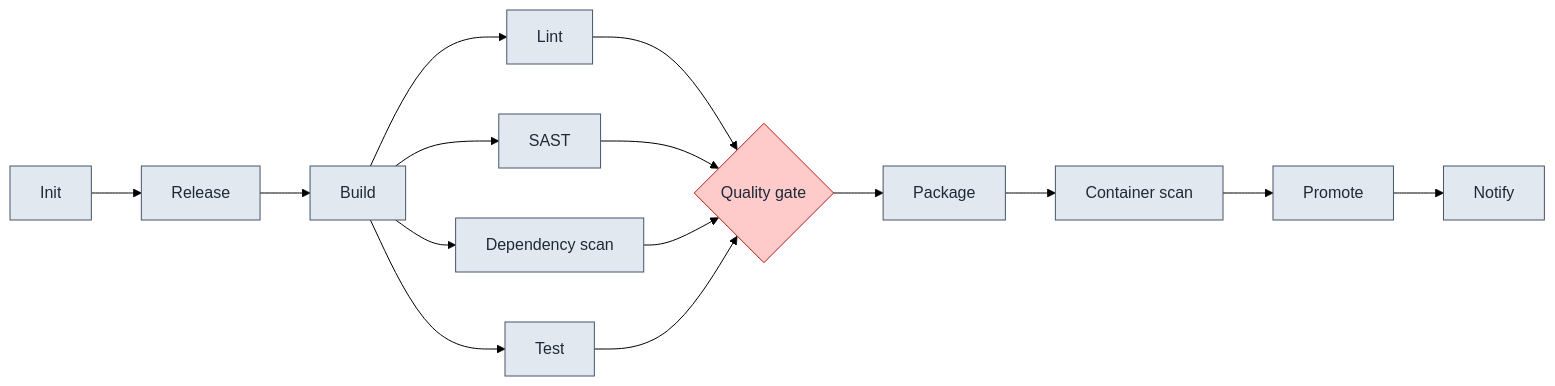
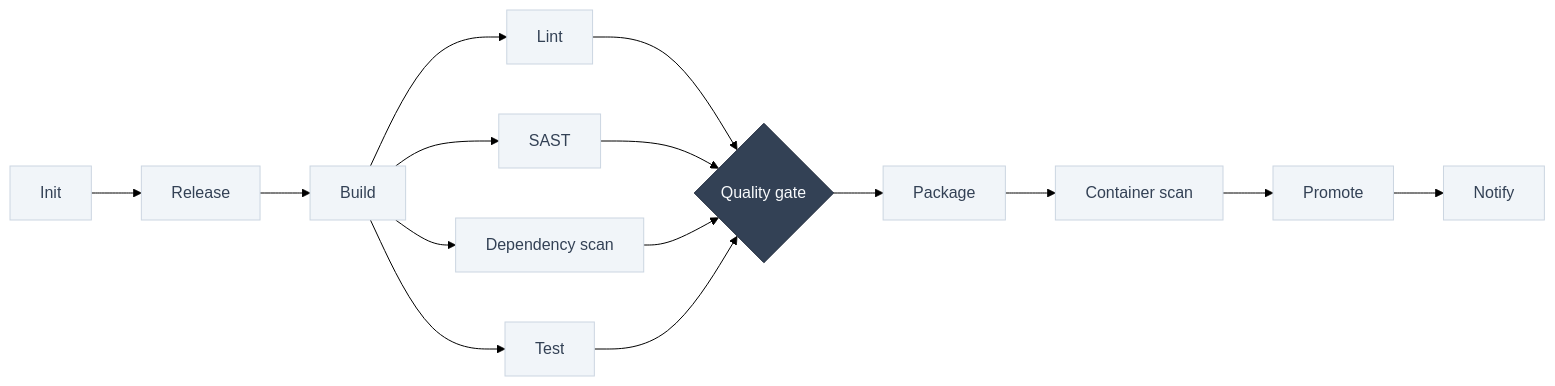
The third of 4 diagrams in README.md (getbrik/brik), drawn with Mermaid (forest theme) before and after one commit. The commit also changed other lines of this file and 4 other files, not shown here.

````diff
--- a/README.md
+++ b/README.md
@@ -165,19 +261,19 @@
 ```mermaid
 flowchart LR
     init["Init"]:::stage --> release["Release"]:::stage --> build["Build"]:::stage
     build --> lint["Lint"]:::stage
     build --> sast["SAST"]:::stage
     build --> scan["Dependency scan"]:::stage
     build --> test["Test"]:::stage
     lint --> qg
     sast --> qg
     scan --> qg
     test --> qg
     qg{"Quality gate"}:::gate --> package["Package"]:::stage
     package --> cscan["Container scan"]:::stage
     cscan --> promote["Promote"]:::stage
     promote --> notify["Notify"]:::stage
 
-    classDef stage fill:#e2e8f0,stroke:#475569,color:#1f2937
-    classDef gate fill:#fecaca,stroke:#b91c1c,color:#1f2937
+    classDef stage fill:#f1f5f9,stroke:#cbd5e1,color:#334155
+    classDef gate fill:#334155,stroke:#1e293b,color:#f8fafc
 ```
````
